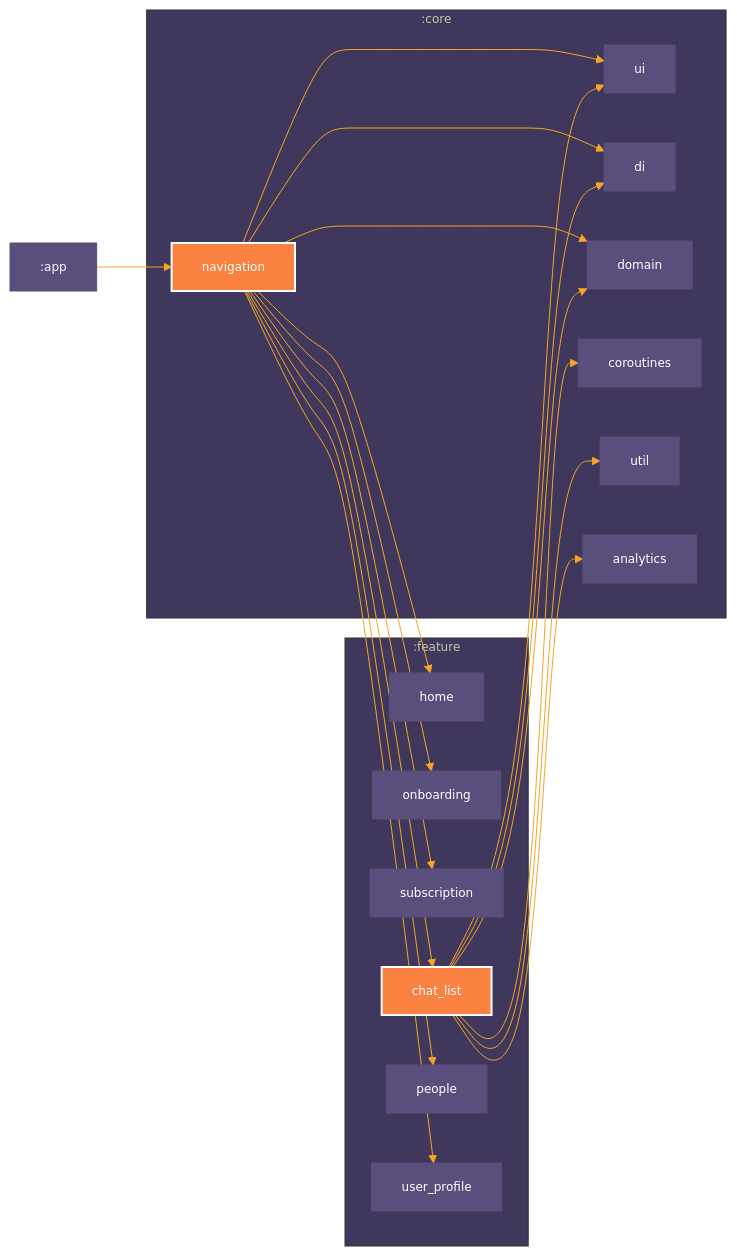
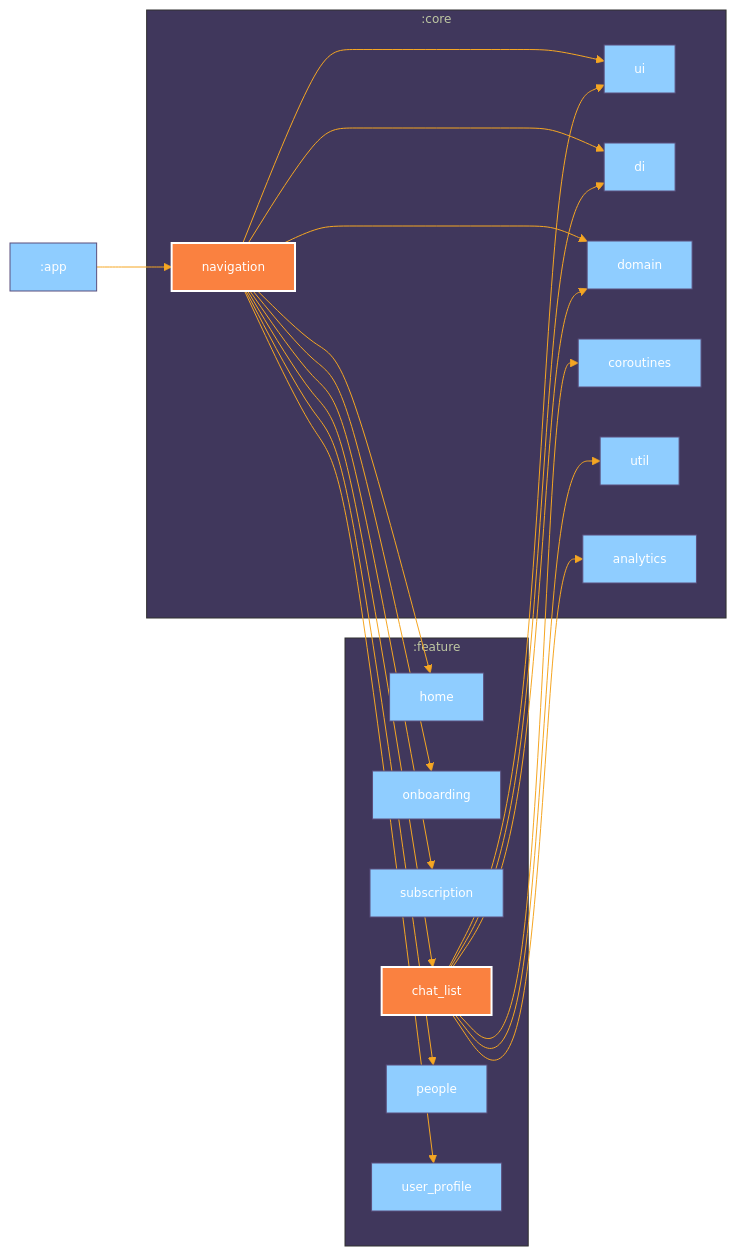
The diagram in README.md (mobiledevpro/closetalk.app), drawn with Mermaid before and after one commit. The commit also changed other lines of this file and 1 other file, not shown here.

Commit message:
Changed theme

````diff
--- a/README.md
+++ b/README.md
@@ -79,47 +75,47 @@
 ```mermaid
 %%{
   init: {
     'theme': 'base',
-    'themeVariables': {"primaryTextColor":"#fff","primaryColor":"#5a4f7c","primaryBorderColor":"#5a4f7c","lineColor":"#f5a623","tertiaryColor":"#40375c","fontSize":"12px"}
+    'themeVariables': {"primaryTextColor":"#fff","primaryColor":"#8FCDFF","primaryBorderColor":"#5a4f7c","lineColor":"#f5a623","tertiaryColor":"#40375c","fontSize":"12px"}
   }
 }%%
 
 graph LR
   subgraph :core
     :core:navigation["navigation"]
     :core:ui["ui"]
     :core:di["di"]
     :core:domain["domain"]
     :core:coroutines["coroutines"]
     :core:util["util"]
     :core:analytics["analytics"]
   end
   subgraph :feature
     :feature:home["home"]
     :feature:onboarding["onboarding"]
     :feature:subscription["subscription"]
     :feature:chat_list["chat_list"]
     :feature:people["people"]
     :feature:user_profile["user_profile"]
   end
   :core:navigation --> :core:ui
   :core:navigation --> :core:di
   :core:navigation --> :core:domain
   :core:navigation --> :feature:home
   :core:navigation --> :feature:onboarding
   :core:navigation --> :feature:subscription
   :core:navigation --> :feature:chat_list
   :core:navigation --> :feature:people
   :core:navigation --> :feature:user_profile
   :feature:chat_list --> :core:ui
   :feature:chat_list --> :core:di
   :feature:chat_list --> :core:domain
   :feature:chat_list --> :core:coroutines
   :feature:chat_list --> :core:util
   :feature:chat_list --> :core:analytics
   :app --> :core:navigation
 
 classDef focus fill:#FA8140,stroke:#fff,stroke-width:2px,color:#fff;
 class :core:navigation focus
 class :feature:chat_list focus
 ```
````
